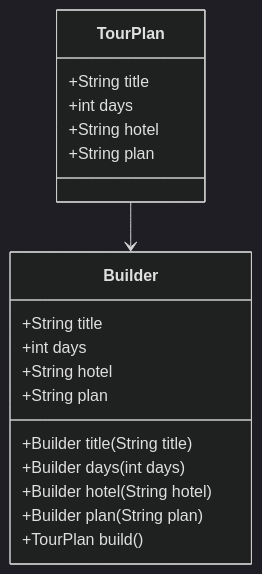
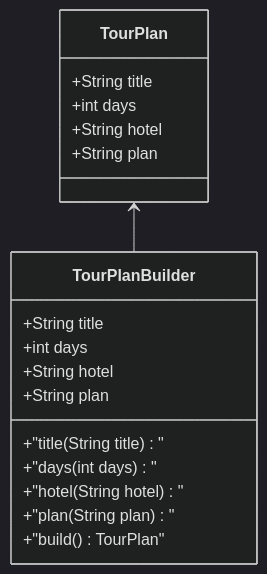
Before and after one commit to 42jerrykim/42jerrykim.github.io: the fifth of 5 diagrams in content/post/2024/2024-08-22-builder/index.md, drawn with Mermaid (dark theme). The commit also changed other lines of this file and 239 other files, not shown here.

````diff
--- a/content/post/2024/2024-08-22-builder/index.md
+++ b/content/post/2024/2024-08-22-builder/index.md
@@ -866,21 +889,21 @@
 ```mermaid
 classDiagram
     class TourPlan {
         +String title
         +int days
         +String hotel
         +String plan
     }
-    class Builder {
+    class TourPlanBuilder {
         +String title
         +int days
         +String hotel
         +String plan
-        +Builder title(String title)
-        +Builder days(int days)
-        +Builder hotel(String hotel)
-        +Builder plan(String plan)
-        +TourPlan build()
+        +"title(String title)"
+        +"days(int days)"
+        +"hotel(String hotel)"
+        +"plan(String plan)"
+        +"build() TourPlan"
     }
-    TourPlan --> Builder
+    TourPlan <-- TourPlanBuilder
 ```
````
